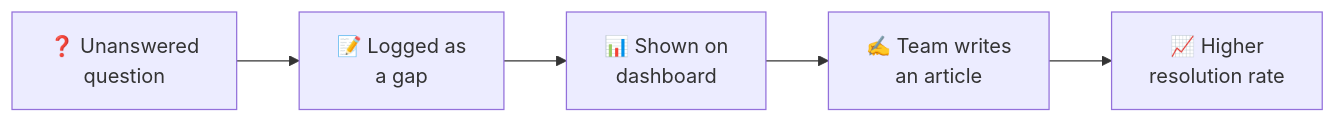
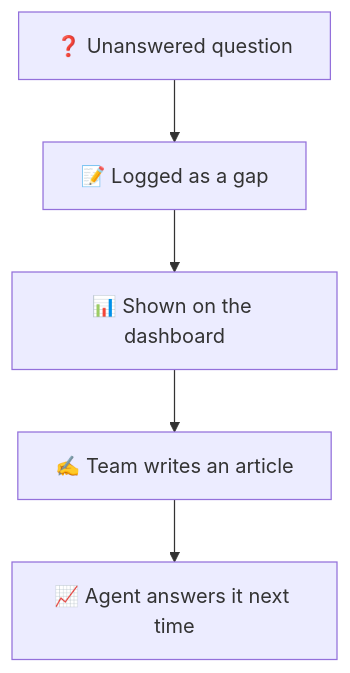
One commit to pritmon/concierge-ai-agent changed the seventh of 12 diagrams in facts/README.md. Above: the diagram before and after it, drawn with Mermaid. The commit also changed other lines of this file, not shown here.

Commit message:
Make wide diagrams readable

````diff
--- a/facts/README.md
+++ b/facts/README.md
@@ -340,4 +340,7 @@
 ```mermaid
-flowchart LR
-    Q["❓ Unanswered<br/>question"] --> L["📝 Logged as<br/>a gap"] --> D["📊 Shown on<br/>dashboard"] --> W["✍️ Team writes<br/>an article"] --> R["📈 Higher<br/>resolution rate"]
+flowchart TD
+    Q["❓ Unanswered question"] --> L["📝 Logged as a gap"]
+    L --> D["📊 Shown on the dashboard"]
+    D --> W["✍️ Team writes an article"]
+    W --> R["📈 Agent answers it next time"]
 ```
````
